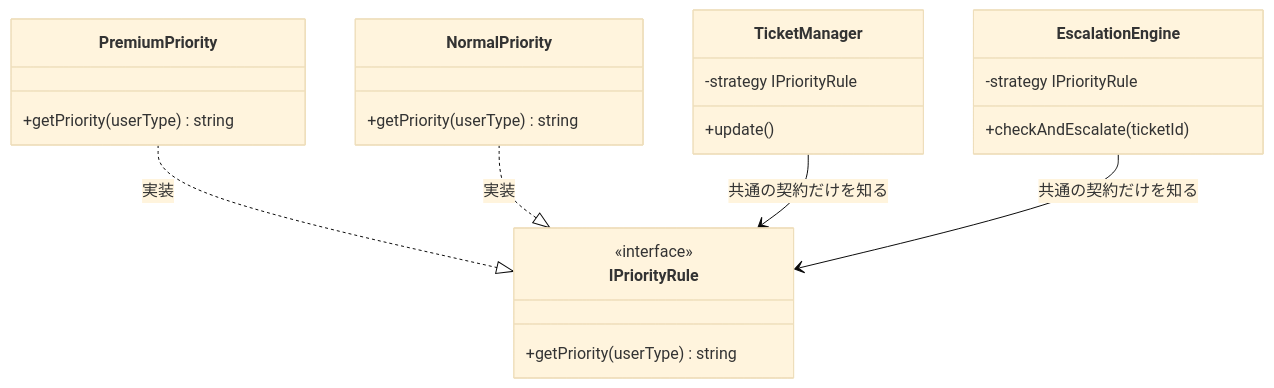
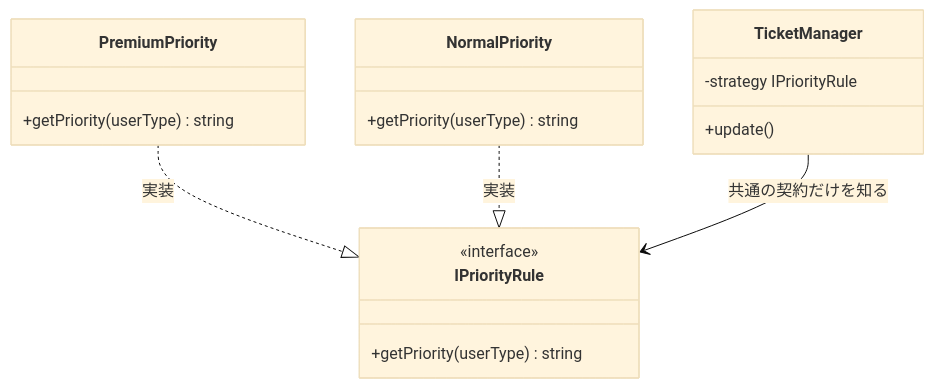
The sixth of 11 diagrams in kindle/design-patterns/output/chapter09_2.md (kumachan1101-pixel/DesignPattern), drawn with Mermaid (base theme) before and after one commit. The commit also changed other lines of this file and 7 other files, not shown here.

````diff
--- a/kindle/design-patterns/output/chapter09_2.md
+++ b/kindle/design-patterns/output/chapter09_2.md
@@ -767,25 +701,20 @@
 ```mermaid
 classDiagram
     class IPriorityRule {
         <<interface>>
         +getPriority(userType) string
     }
     class TicketManager {
         -strategy IPriorityRule
         +update()
     }
-    class EscalationEngine {
-        -strategy IPriorityRule
-        +checkAndEscalate(ticketId)
-    }
     class PremiumPriority {
         +getPriority(userType) string
     }
     class NormalPriority {
         +getPriority(userType) string
     }
     PremiumPriority ..|> IPriorityRule : 実装
     NormalPriority ..|> IPriorityRule : 実装
     TicketManager --> IPriorityRule : 共通の契約だけを知る
-    EscalationEngine --> IPriorityRule : 共通の契約だけを知る
 ```
````
